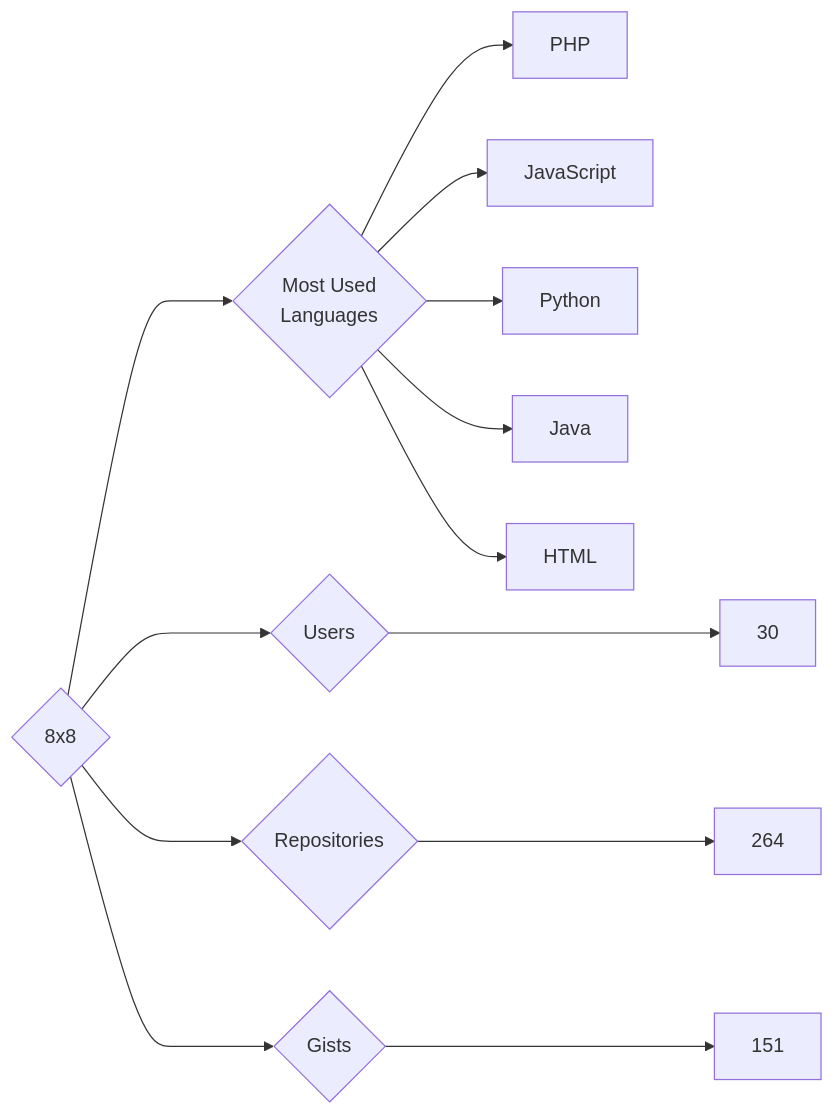
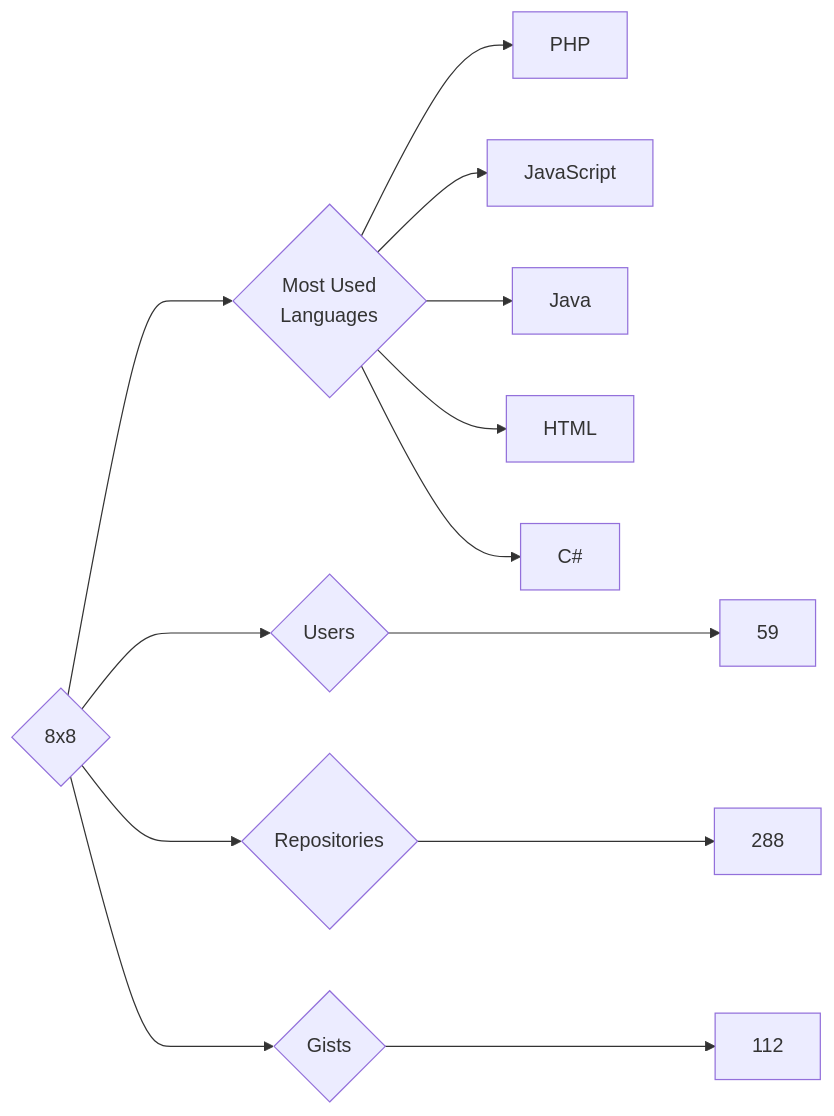
One commit to trickest/insiders changed the diagram in targets/8x8/README.md. Above: the diagram before and after it, drawn with Mermaid. The commit also changed 782 other files, not shown here.

````diff
--- a/targets/8x8/README.md
+++ b/targets/8x8/README.md
@@ -3,13 +3,13 @@
 ```mermaid
 graph LR
 COMPANY_NAME{8x8}
-COMPANY_NAME ---> U{Users} ---> UN[30]
-COMPANY_NAME ---> R{Repositories} ---> RN[264]
-COMPANY_NAME ---> G{Gists} ---> GN[151]
+COMPANY_NAME ---> U{Users} ---> UN[59]
+COMPANY_NAME ---> R{Repositories} ---> RN[288]
+COMPANY_NAME ---> G{Gists} ---> GN[112]
 COMPANY_NAME ---> ML{Most Used<br>Languages}
 ML --> PHP[PHP]
 ML --> JavaScript[JavaScript]
-ML --> Python[Python]
 ML --> Java[Java]
 ML --> HTML[HTML]
+ML --> C#[C#]
 ```
````
